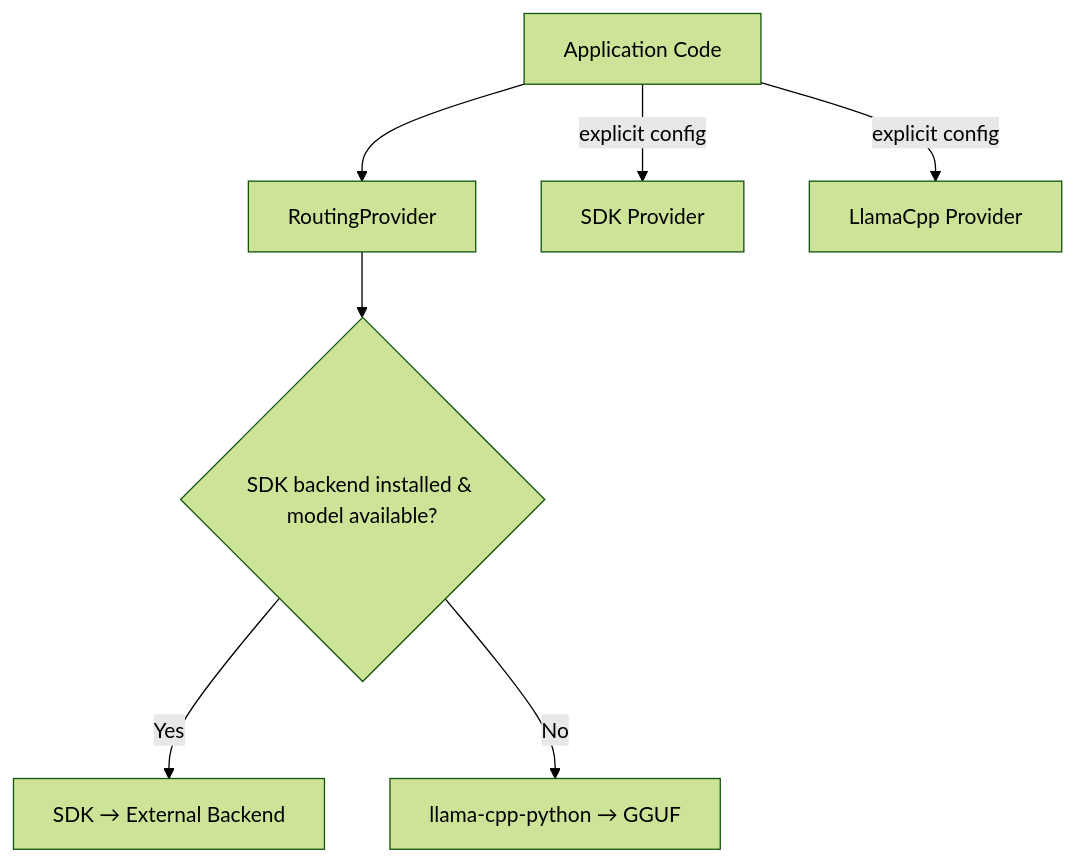
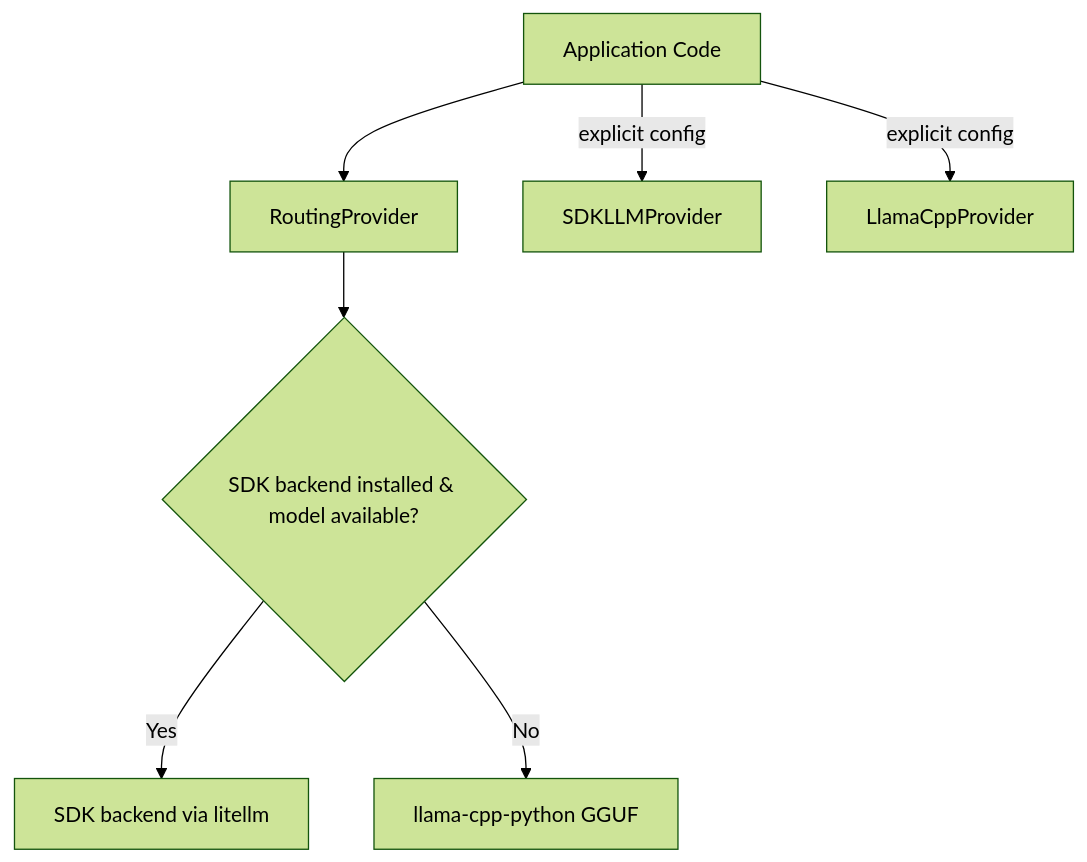
One commit to tobocop2/lilbee changed the second of 3 diagrams in docs/architecture.md. Above: the diagram before and after it, drawn with Mermaid (forest theme). The commit also changed other lines of this file and 27 other files, not shown here.

````diff
--- a/docs/architecture.md
+++ b/docs/architecture.md
@@ -78,10 +95,10 @@
 ```mermaid
 flowchart TD
     APP[Application Code] --> ROUTE[RoutingProvider]
     ROUTE --> CHECK{SDK backend installed & model available?}
-    CHECK -->|Yes| SDK_BACK[SDK → External Backend]
-    CHECK -->|No| LCPP[llama-cpp-python → GGUF]
+    CHECK -->|Yes| SDK_BACK[SDK backend via litellm]
+    CHECK -->|No| LCPP[llama-cpp-python GGUF]
 
-    APP -->|explicit config| SDK_P[SDK Provider]
-    APP -->|explicit config| LCPP_P[LlamaCpp Provider]
+    APP -->|explicit config| SDK_P[SDKLLMProvider]
+    APP -->|explicit config| LCPP_P[LlamaCppProvider]
 ```
````
